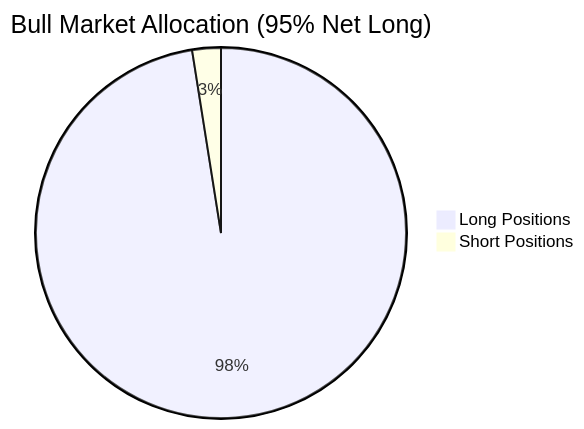
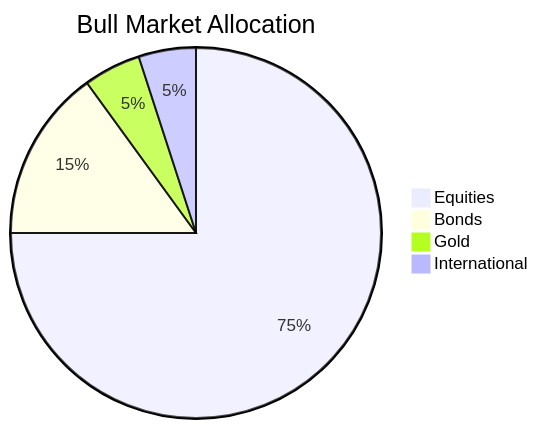
The fifth of 18 diagrams in docs/adaptive_hedge_fund_strategy.md (blackms/FinRL-Adaptive), drawn with Mermaid before and after one commit. The commit also changed other lines of this file and 3 other files, not shown here.

````diff
--- a/docs/adaptive_hedge_fund_strategy.md
+++ b/docs/adaptive_hedge_fund_strategy.md
@@ -203,5 +243,7 @@
 ```mermaid
-pie title Bull Market Allocation (95% Net Long)
-    "Long Positions" : 97.5
-    "Short Positions" : 2.5
+pie title Bull Market Allocation
+    "Equities" : 75
+    "Bonds" : 15
+    "Gold" : 5
+    "International" : 5
 ```
````
